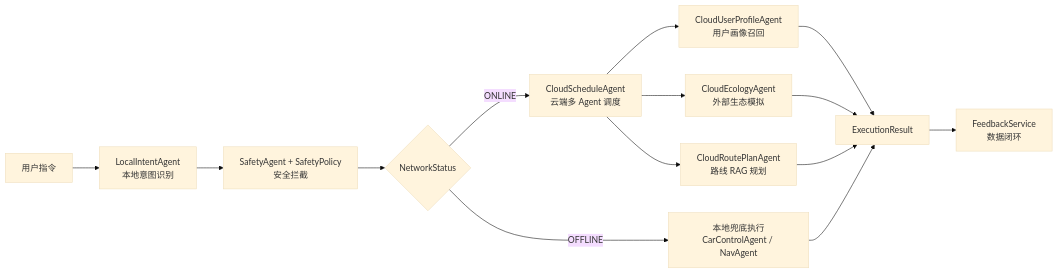
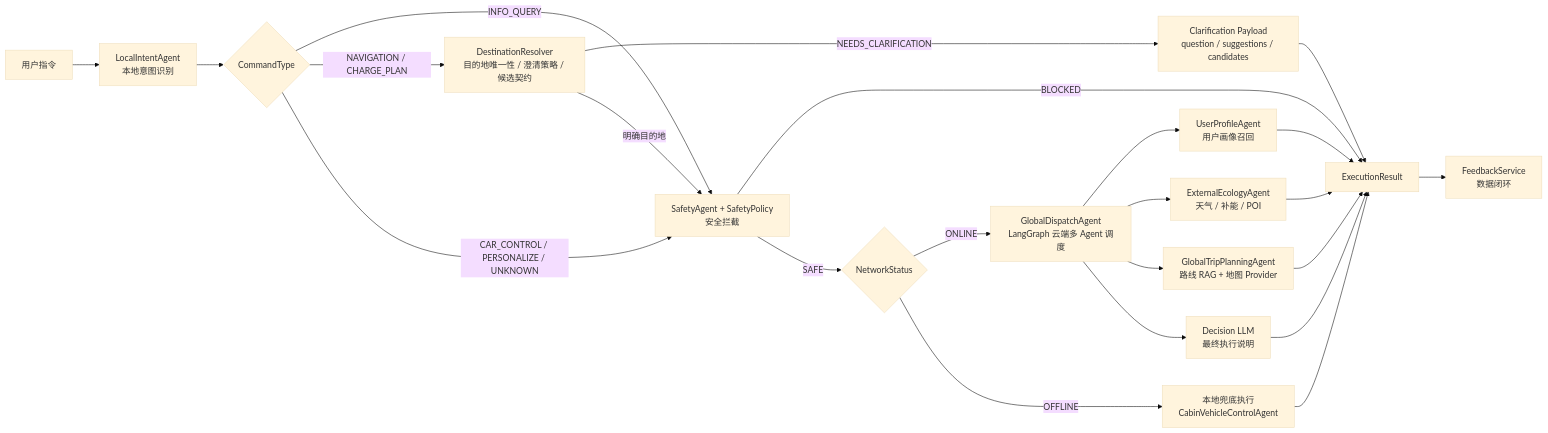
One commit to qwan0766/vehicle-agent-cloud-edge changed the first of 4 diagrams in docs/architecture-diagram.md. Above: the diagram before and after it, drawn with Mermaid (base theme). The commit also changed 6 other files, not shown here.

````diff
--- a/docs/architecture-diagram.md
+++ b/docs/architecture-diagram.md
@@ -5,16 +5,25 @@
 ```mermaid
 flowchart LR
     A["用户指令"] --> B["LocalIntentAgent<br/>本地意图识别"]
-    B --> C["SafetyAgent + SafetyPolicy<br/>安全拦截"]
-    C --> D{"NetworkStatus"}
-    D -->|ONLINE| E["CloudScheduleAgent<br/>云端多 Agent 调度"]
-    D -->|OFFLINE| F["本地兜底执行<br/>CarControlAgent / NavAgent"]
-    E --> G["CloudUserProfileAgent<br/>用户画像召回"]
-    E --> H["CloudEcologyAgent<br/>外部生态模拟"]
-    E --> I["CloudRoutePlanAgent<br/>路线 RAG 规划"]
-    G --> J["ExecutionResult"]
+    B --> B1{"CommandType"}
+    B1 -->|INFO_QUERY| C["SafetyAgent + SafetyPolicy<br/>安全拦截"]
+    B1 -->|NAVIGATION / CHARGE_PLAN| R["DestinationResolver<br/>目的地唯一性 / 澄清策略 / 候选契约"]
+    R -->|NEEDS_CLARIFICATION| Q["Clarification Payload<br/>question / suggestions / candidates"]
+    R -->|明确目的地| C
+    B1 -->|CAR_CONTROL / PERSONALIZE / UNKNOWN| C
+    C -->|BLOCKED| J["ExecutionResult"]
+    C -->|SAFE| D{"NetworkStatus"}
+    D -->|ONLINE| E["GlobalDispatchAgent<br/>LangGraph 云端多 Agent 调度"]
+    D -->|OFFLINE| F["本地兜底执行<br/>CabinVehicleControlAgent"]
+    E --> G["UserProfileAgent<br/>用户画像召回"]
+    E --> H["ExternalEcologyAgent<br/>天气 / 补能 / POI"]
+    E --> I["GlobalTripPlanningAgent<br/>路线 RAG + 地图 Provider"]
+    E --> L["Decision LLM<br/>最终执行说明"]
+    G --> J
     H --> J
     I --> J
+    L --> J
+    Q --> J
     F --> J
     J --> K["FeedbackService<br/>数据闭环"]
 ```
````
